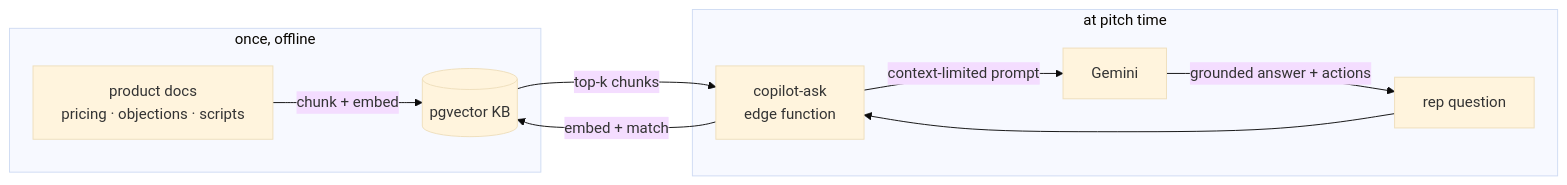
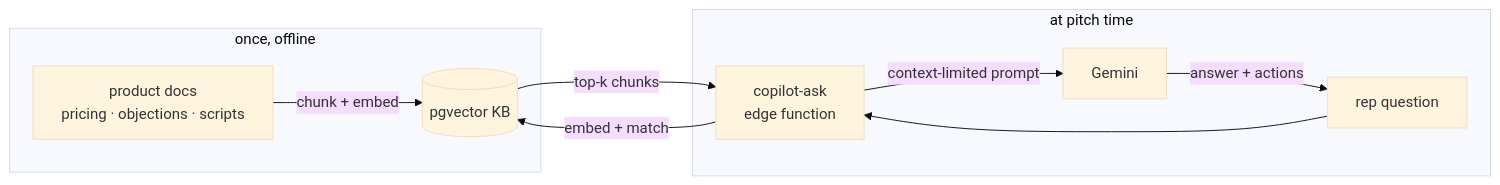
Before and after one commit to augbastos/pitchpilot-case-study: the diagram in README.md, drawn with Mermaid (base theme). The commit also changed other lines of this file, not shown here.

````diff
--- a/README.md
+++ b/README.md
@@ -38,14 +38,14 @@
 ```mermaid
 flowchart LR
     subgraph Ingest [once, offline]
         D[product docs<br/>pricing · objections · scripts] -->|chunk + embed| KB[(pgvector KB)]
     end
 
     subgraph Ask [at pitch time]
         R[rep question] --> EF[copilot-ask<br/>edge function]
         EF -->|embed + match| KB
         KB -->|top-k chunks| EF
         EF -->|context-limited prompt| G[Gemini]
-        G -->|grounded answer + actions| R
+        G -->|answer + actions| R
     end
 ```
````
